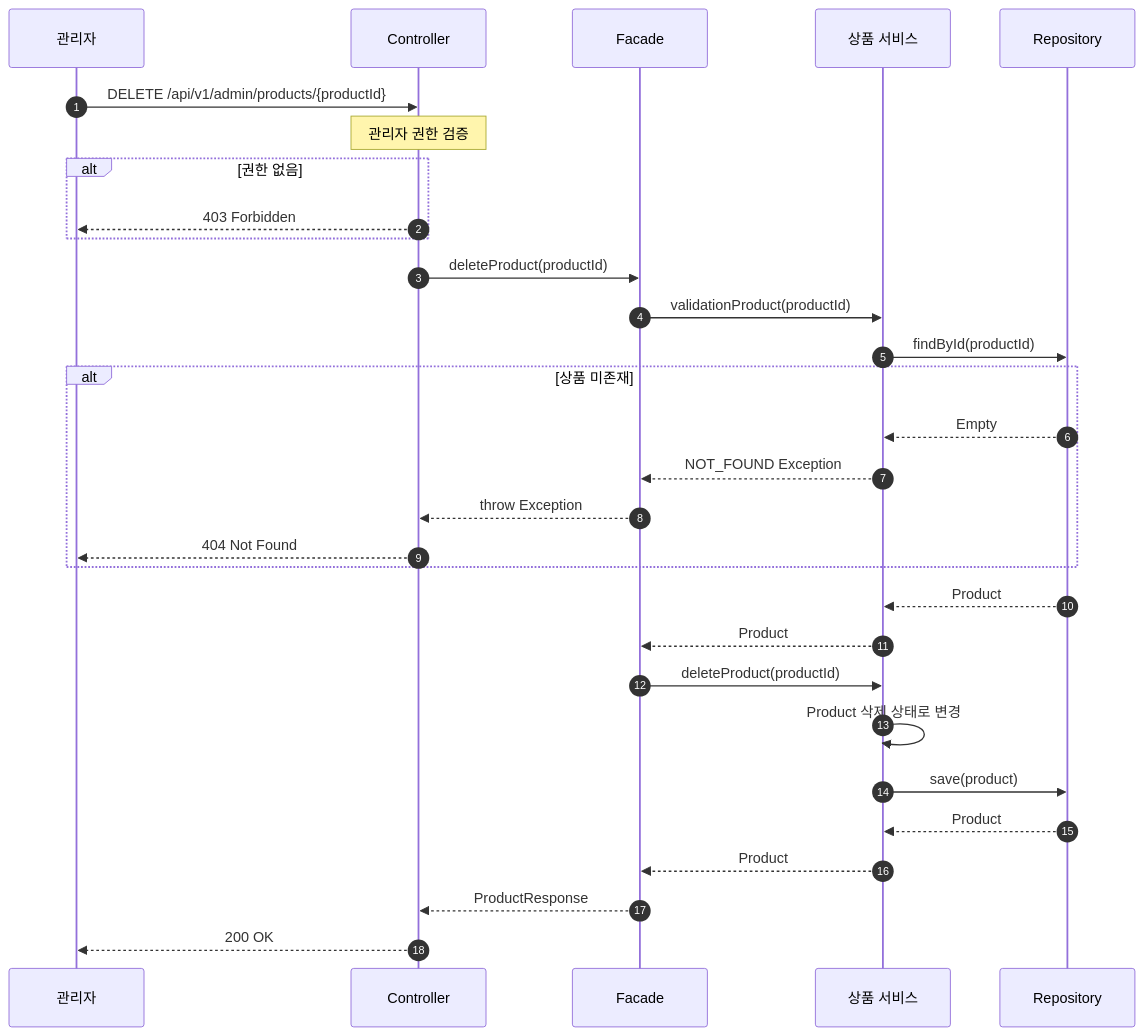
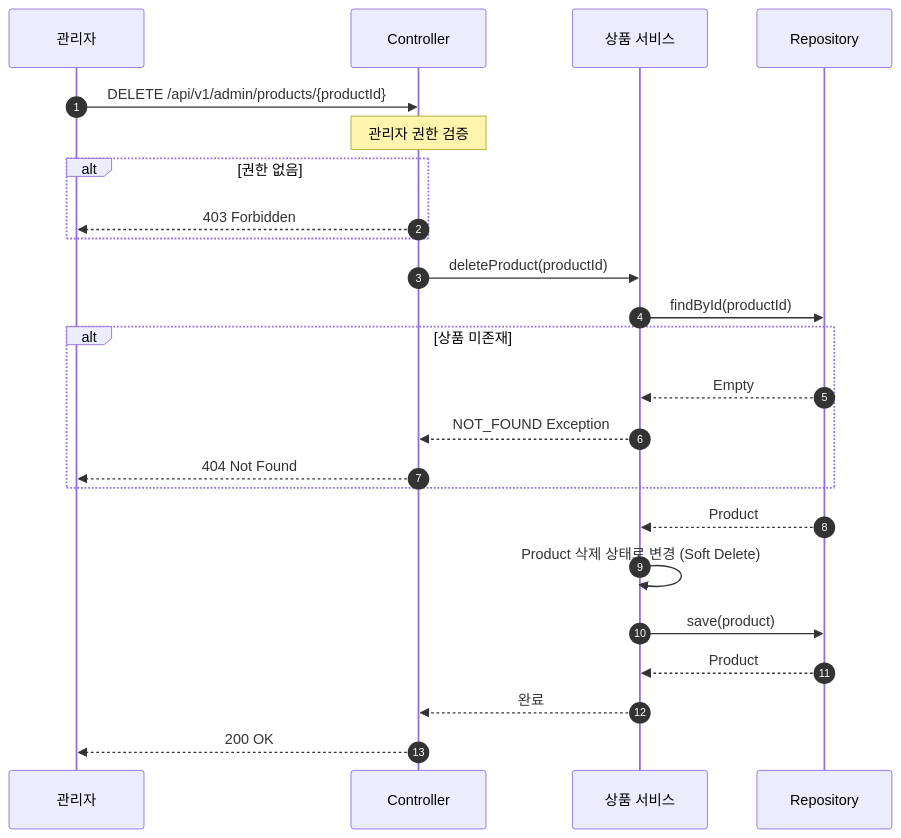
Diagram 12 of 16 in docs/design/02-sequence-diagram.md (letter333/loop-pack-be-l2-vol3-java), drawn with Mermaid before and after one commit. The commit also changed other lines of this file and 3 other files, not shown here.

````diff
--- a/docs/design/02-sequence-diagram.md
+++ b/docs/design/02-sequence-diagram.md
@@ -479,38 +470,31 @@
 ```mermaid
 sequenceDiagram
     autonumber
     participant Admin as 관리자
     participant Controller
-    participant Facade
     participant ProductService as 상품 서비스
     participant Repository
 
     Admin->>Controller: DELETE /api/v1/admin/products/{productId}
     Note over Controller: 관리자 권한 검증
 
     alt 권한 없음
         Controller-->>Admin: 403 Forbidden
     end
 
-    Controller->>Facade: deleteProduct(productId)
-    Facade->>ProductService: validationProduct(productId)
+    Controller->>ProductService: deleteProduct(productId)
     ProductService->>Repository: findById(productId)
 
     alt 상품 미존재
         Repository-->>ProductService: Empty
-        ProductService-->>Facade: NOT_FOUND Exception
-        Facade-->>Controller: throw Exception
+        ProductService-->>Controller: NOT_FOUND Exception
         Controller-->>Admin: 404 Not Found
     end
 
     Repository-->>ProductService: Product
-    ProductService-->>Facade: Product
-
-    Facade->>ProductService: deleteProduct(productId)
-    ProductService->>ProductService: Product 삭제 상태로 변경
+    ProductService->>ProductService: Product 삭제 상태로 변경 (Soft Delete)
     ProductService->>Repository: save(product)
     Repository-->>ProductService: Product
-    ProductService-->>Facade: Product
-    Facade-->>Controller: ProductResponse
+    ProductService-->>Controller: 완료
     Controller-->>Admin: 200 OK
 ```
````
